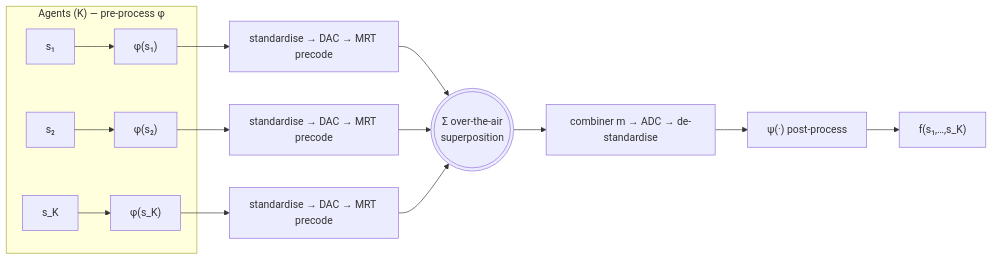
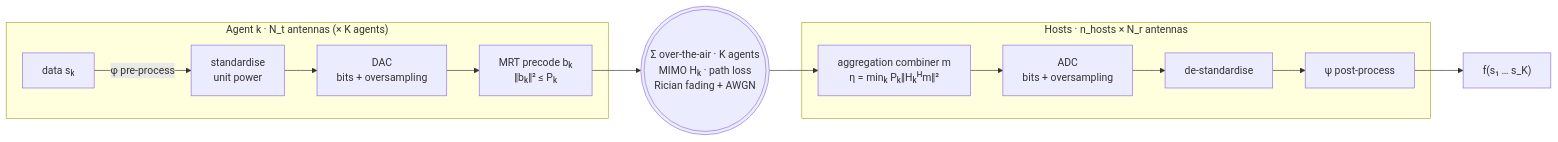
Before and after one commit to wincle626/OverAirCompute: the first of 13 diagrams in README.md, drawn with Mermaid. The commit also changed other lines of this file, not shown here.

````diff
--- a/README.md
+++ b/README.md
@@ -234,17 +237,16 @@
 ```mermaid
 flowchart LR
-    subgraph AG["Agents (K)  — pre-process φ"]
-      s1["s₁"] --> f1["φ(s₁)"]
-      s2["s₂"] --> f2["φ(s₂)"]
-      sk["s_K"] --> fk["φ(s_K)"]
+    subgraph AGENT["Agent k  ·  N_t antennas  (× K agents)"]
+      s["data sₖ"] -->|"φ pre-process"| std["standardise<br/>unit power"]
+      std --> dac["DAC<br/>bits + oversampling"]
+      dac --> mrt["MRT precode bₖ<br/>‖bₖ‖² ≤ Pₖ"]
     end
-    f1 --> d1["standardise → DAC → MRT precode"]
-    f2 --> d2["standardise → DAC → MRT precode"]
-    fk --> dk["standardise → DAC → MRT precode"]
-    d1 --> air((("Σ  over-the-air<br/>superposition")))
-    d2 --> air
-    dk --> air
-    air --> rx["combiner m → ADC → de-standardise"]
-    rx --> post["ψ(·)  post-process"]
-    post --> out["f(s₁,…,s_K)"]
+    mrt --> air((("Σ over-the-air · K agents<br/>MIMO Hₖ · path loss<br/>Rician fading + AWGN")))
+    air --> rx
+    subgraph HOST["Hosts  ·  n_hosts × N_r antennas"]
+      rx["aggregation combiner m<br/>η = minₖ Pₖ‖Hₖᴴm‖²"] --> adc["ADC<br/>bits + oversampling"]
+      adc --> inv["de-standardise"]
+      inv --> psi["ψ post-process"]
+    end
+    psi --> out["f(s₁ … s_K)"]
 ```
````
